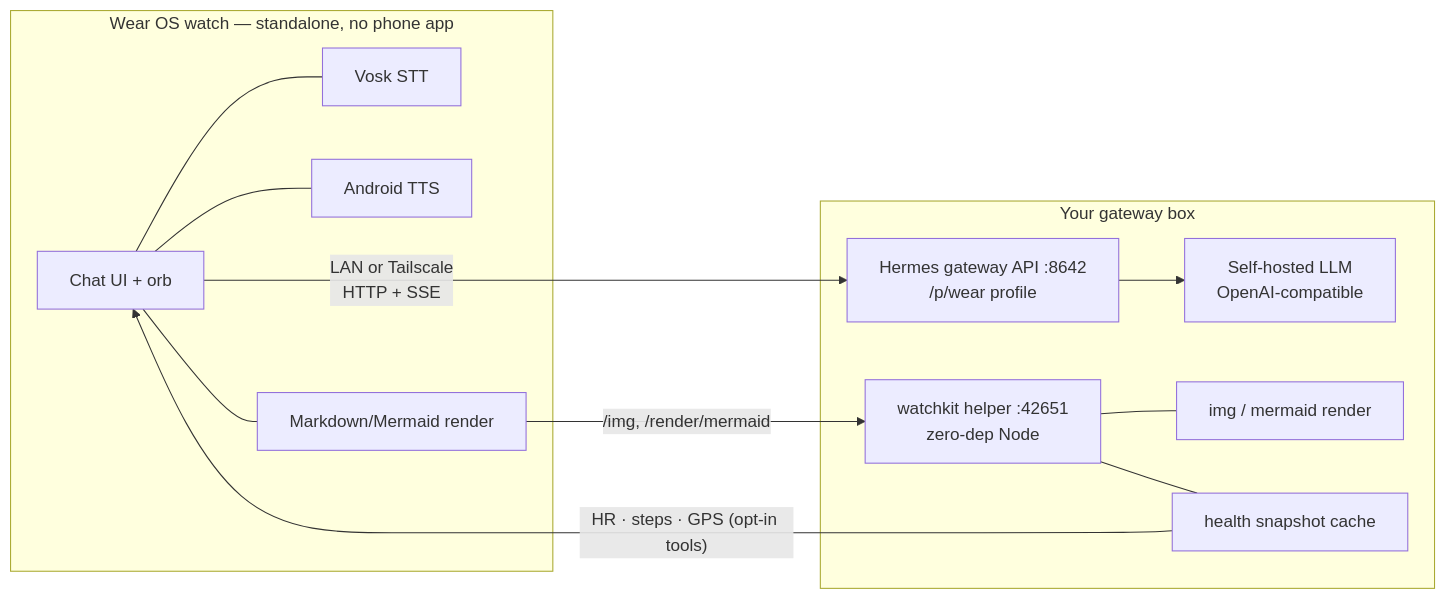
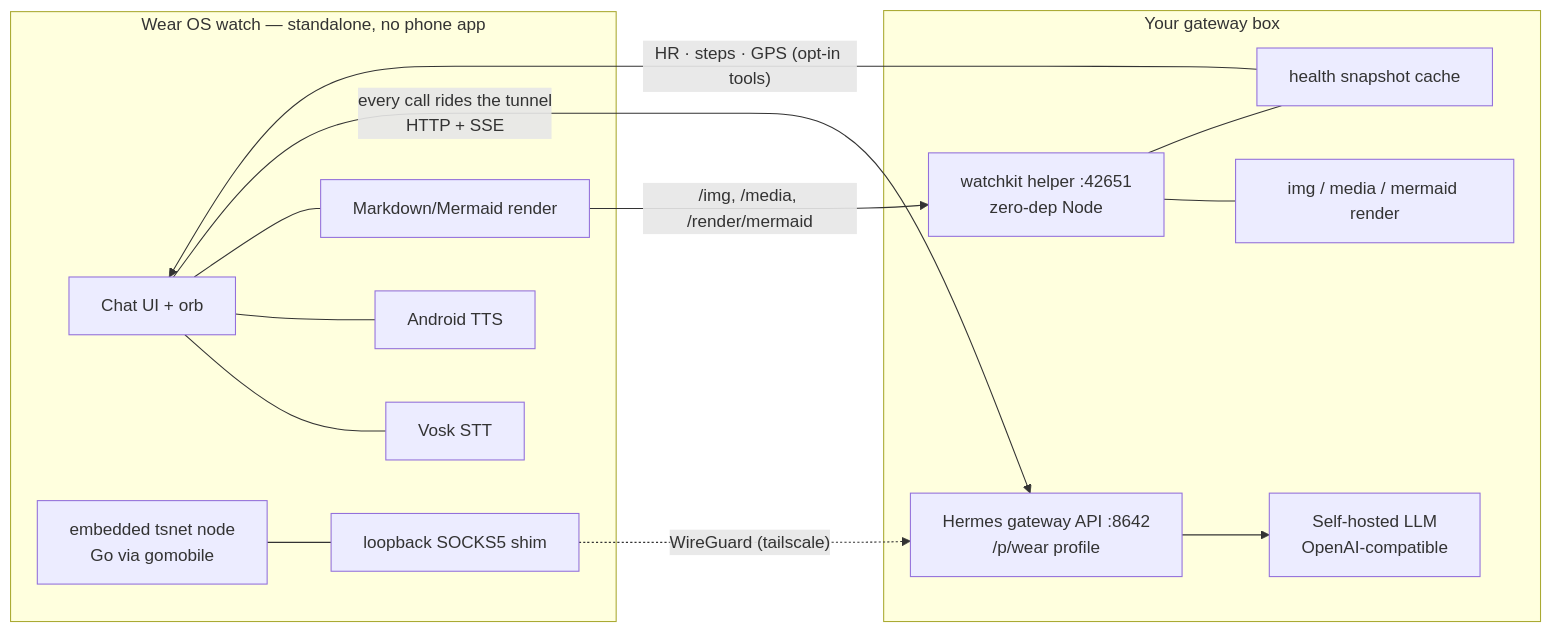
The second of 3 diagrams in README.md (borealBytes/hermes-wearos), drawn with Mermaid before and after one commit. The commit also changed other lines of this file and 1 other file, not shown here.

````diff
--- a/README.md
+++ b/README.md
@@ -192,14 +201,16 @@
 ```mermaid
 flowchart LR
     subgraph watch [Wear OS watch — standalone, no phone app]
         UI[Chat UI + orb] --- STT[Vosk STT] & TTS[Android TTS] & MD[Markdown/Mermaid render]
+        NODE[embedded tsnet node<br/>Go via gomobile] --- SOCKS[loopback SOCKS5 shim]
     end
     subgraph server [Your gateway box]
         HG[Hermes gateway API :8642<br/>/p/wear profile] --> LLM[Self-hosted LLM<br/>OpenAI-compatible]
-        WK[watchkit helper :42651<br/>zero-dep Node] --- IMG[img / mermaid render]
+        WK[watchkit helper :42651<br/>zero-dep Node] --- IMG[img / media / mermaid render]
         WK --- BODY[health snapshot cache]
     end
-    UI -- "LAN or Tailscale<br/>HTTP + SSE" --> HG
-    MD -- "/img, /render/mermaid" --> WK
+    UI -- "every call rides the tunnel<br/>HTTP + SSE" --> HG
+    MD -- "/img, /media, /render/mermaid" --> WK
+    SOCKS -. WireGuard (tailscale) .-> HG
     BODY -- "HR · steps · GPS (opt-in tools)" --> UI
 ```
````
